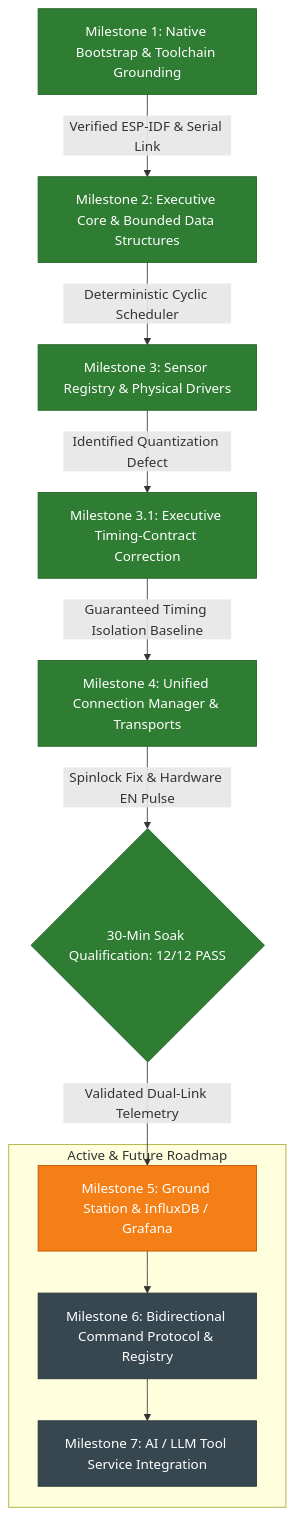
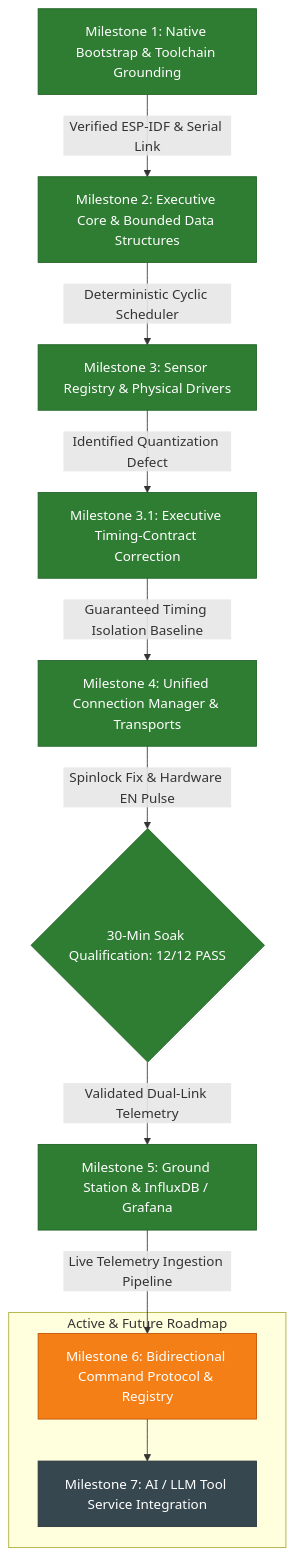
The diagram in docs/milestones/README.md (aryan-madhavi/NEXUS), drawn with Mermaid before and after one commit. The commit also changed other lines of this file and 3 other files, not shown here.

First line of the commit message:
docs(milestone-5): document ground station and observability stack

````diff
--- a/docs/milestones/README.md
+++ b/docs/milestones/README.md
@@ -70,32 +85,32 @@
 ```mermaid
 flowchart TD
     M1[Milestone 1: Native Bootstrap & Toolchain Grounding]
     M2[Milestone 2: Executive Core & Bounded Data Structures]
     M3[Milestone 3: Sensor Registry & Physical Drivers]
     M3_1[Milestone 3.1: Executive Timing-Contract Correction]
     M4[Milestone 4: Unified Connection Manager & Transports]
     M4_Gate{30-Min Soak Qualification: 12/12 PASS}
+    M5[Milestone 5: Ground Station & InfluxDB / Grafana]
     
     subgraph Active & Future Roadmap
-        M5[Milestone 5: Ground Station & InfluxDB / Grafana]
         M6[Milestone 6: Bidirectional Command Protocol & Registry]
         M7[Milestone 7: AI / LLM Tool Service Integration]
     end
 
     M1 -->|Verified ESP-IDF & Serial Link| M2
     M2 -->|Deterministic Cyclic Scheduler| M3
     M3 -->|Identified Quantization Defect| M3_1
     M3_1 -->|Guaranteed Timing Isolation Baseline| M4
     M4 -->|Spinlock Fix & Hardware EN Pulse| M4_Gate
     M4_Gate -->|Validated Dual-Link Telemetry| M5
-    M5 --> M6
+    M5 -->|Live Telemetry Ingestion Pipeline| M6
     M6 --> M7
 
     classDef done fill:#2e7d32,stroke:#1b5e20,color:#ffffff;
     classDef pending fill:#f57f17,stroke:#bc5100,color:#ffffff;
     classDef future fill:#37474f,stroke:#263238,color:#ffffff;
     
-    class M1,M2,M3,M3_1,M4,M4_Gate done;
-    class M5 pending;
-    class M6,M7 future;
+    class M1,M2,M3,M3_1,M4,M4_Gate,M5 done;
+    class M6 pending;
+    class M7 future;
 ```
````
